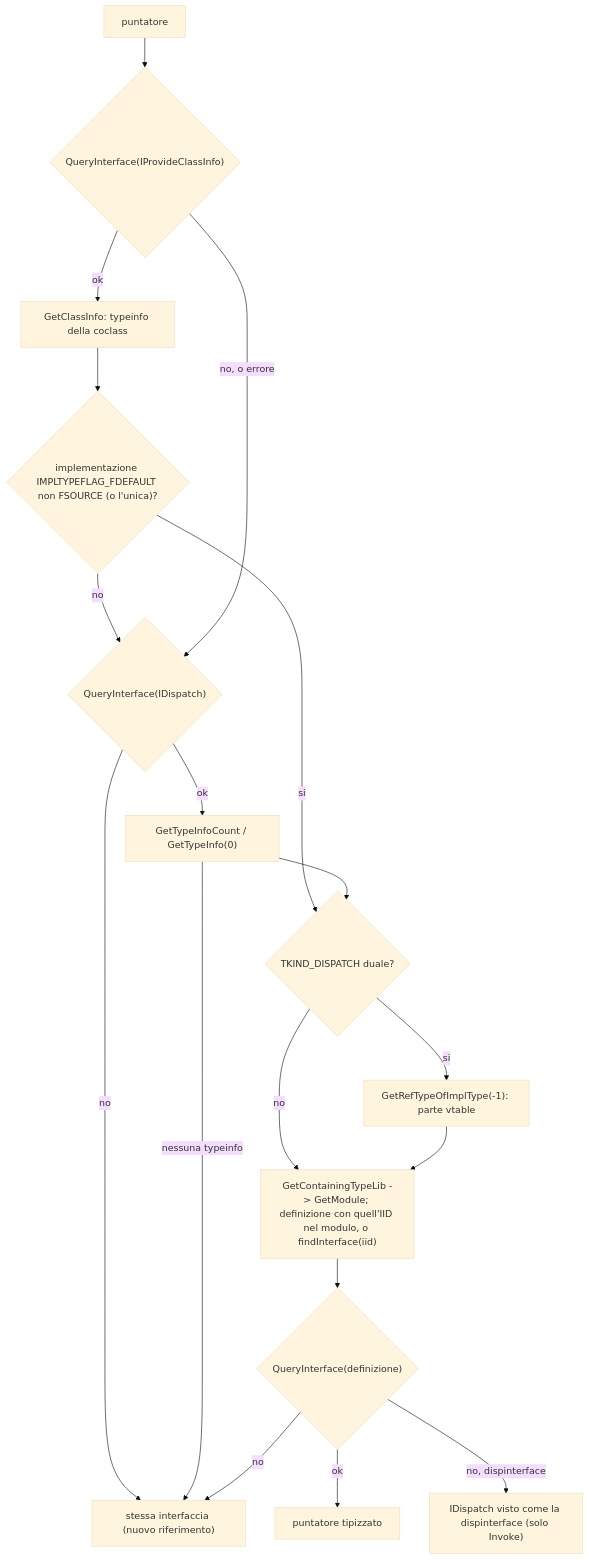
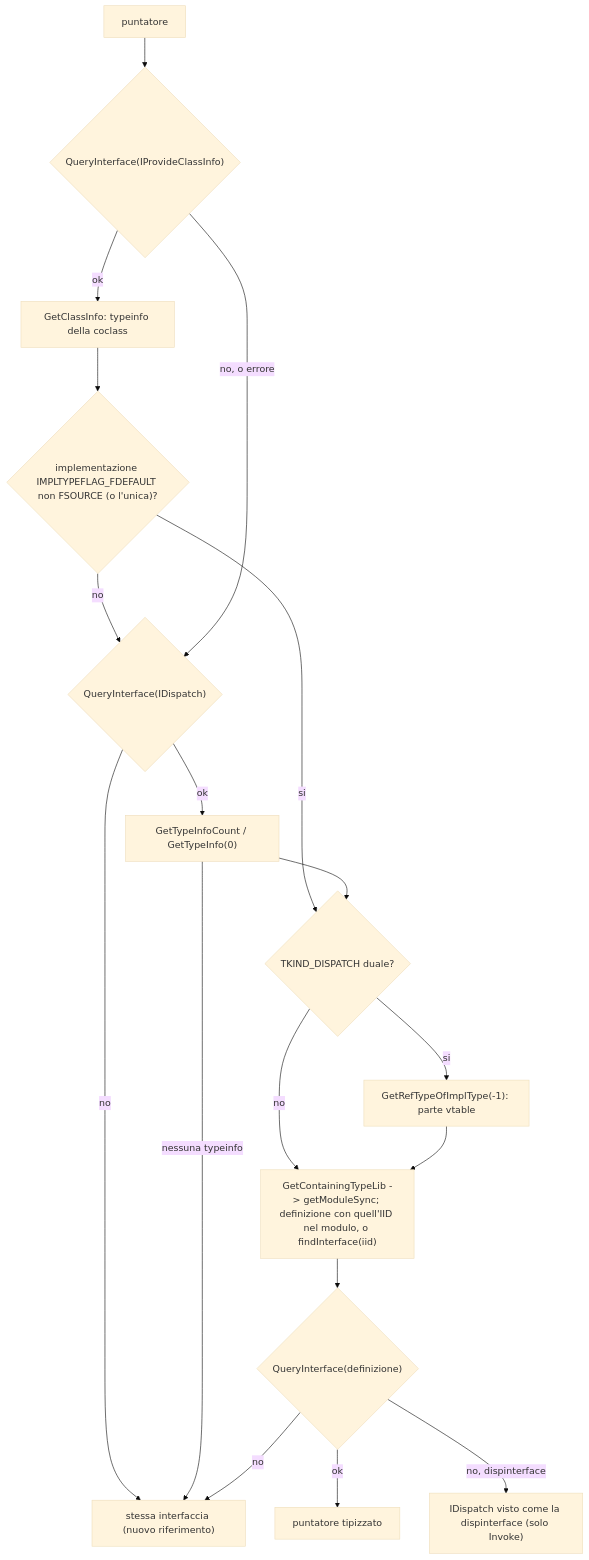
The seventh of 16 diagrams in FLOWS.md (dmazzella/node-comtypes), drawn with Mermaid (base theme) before and after one commit. The commit also changed other lines of this file and 67 other files, not shown here.

````diff
--- a/FLOWS.md
+++ b/FLOWS.md
@@ -272,20 +279,20 @@
 ```mermaid
 flowchart TD
     P["puntatore"] --> PCI{"QueryInterface(IProvideClassInfo)"}
     PCI -->|"ok"| CI["GetClassInfo: typeinfo della coclass"]
     CI --> DEF{"implementazione IMPLTYPEFLAG_FDEFAULT non FSOURCE (o l'unica)?"}
     DEF -->|"no"| DISP
     PCI -->|"no, o errore"| DISP{"QueryInterface(IDispatch)"}
     DISP -->|"ok"| GTI["GetTypeInfoCount / GetTypeInfo(0)"]
     DISP -->|"no"| SAME["stessa interfaccia (nuovo riferimento)"]
     GTI -->|"nessuna typeinfo"| SAME
     DEF -->|"si"| DUAL{"TKIND_DISPATCH duale?"}
     GTI --> DUAL
     DUAL -->|"si"| VT["GetRefTypeOfImplType(-1): parte vtable"]
     DUAL -->|"no"| LIB
-    VT --> LIB["GetContainingTypeLib -> GetModule; definizione con quell'IID nel modulo, o findInterface(iid)"]
+    VT --> LIB["GetContainingTypeLib -> getModuleSync; definizione con quell'IID nel modulo, o findInterface(iid)"]
     LIB --> QI{"QueryInterface(definizione)"}
     QI -->|"ok"| TYPED["puntatore tipizzato"]
     QI -->|"no, dispinterface"| VIEW["IDispatch visto come la dispinterface (solo Invoke)"]
     QI -->|"no"| SAME
 ```
````
